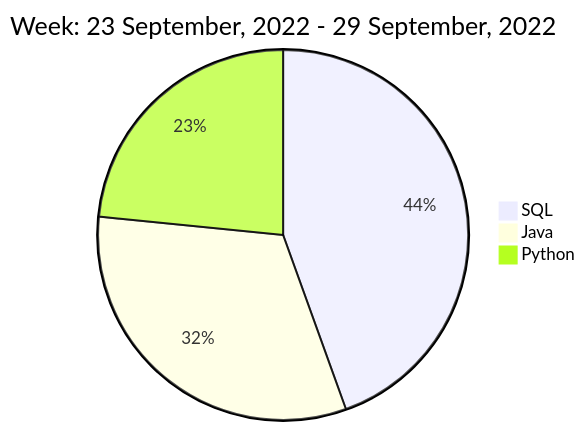
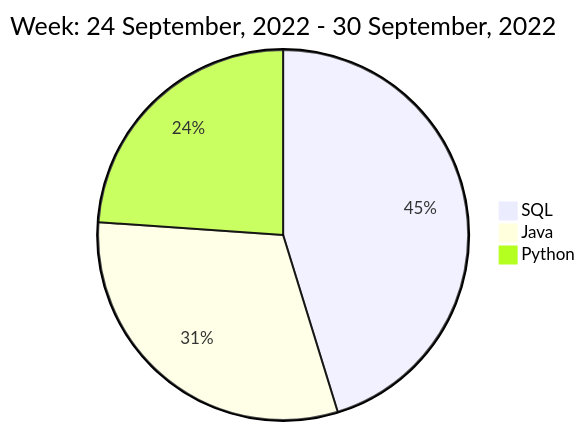
The diagram in README.md (liubin95/liubin95), drawn with Mermaid before and after one commit.

Commit message:
Updated the Graph with new Metrics

````diff
--- a/README.md
+++ b/README.md
@@ -40,7 +40,7 @@
 ```mermaid
  pie
-title Week: 23 September, 2022 - 29 September, 2022
- "SQL" : 3.23
- "Java" : 2.33
- "Python" : 1.7
+title Week: 24 September, 2022 - 30 September, 2022
+ "SQL" : 3.37
+ "Java" : 2.3
+ "Python" : 1.78
 ```
````
